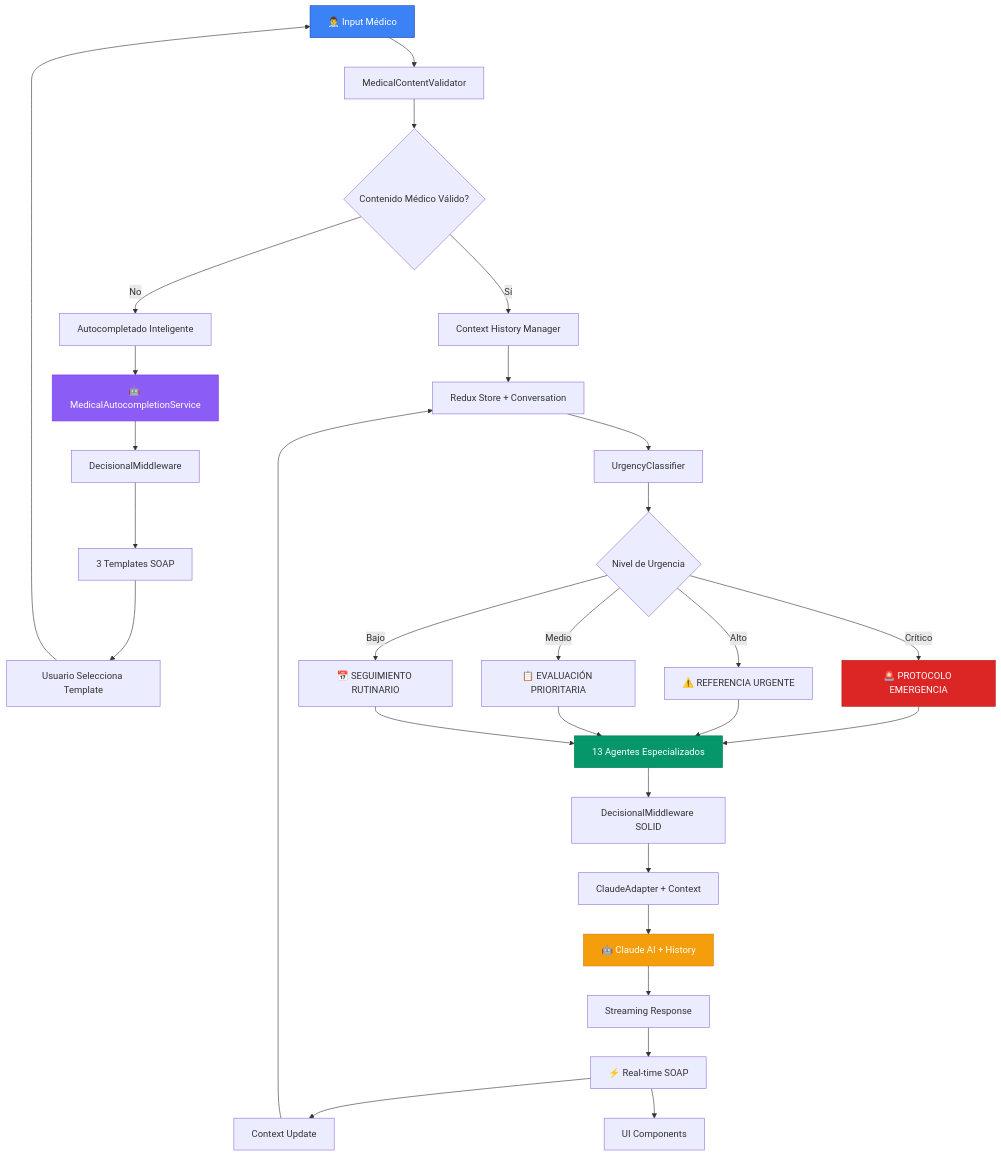
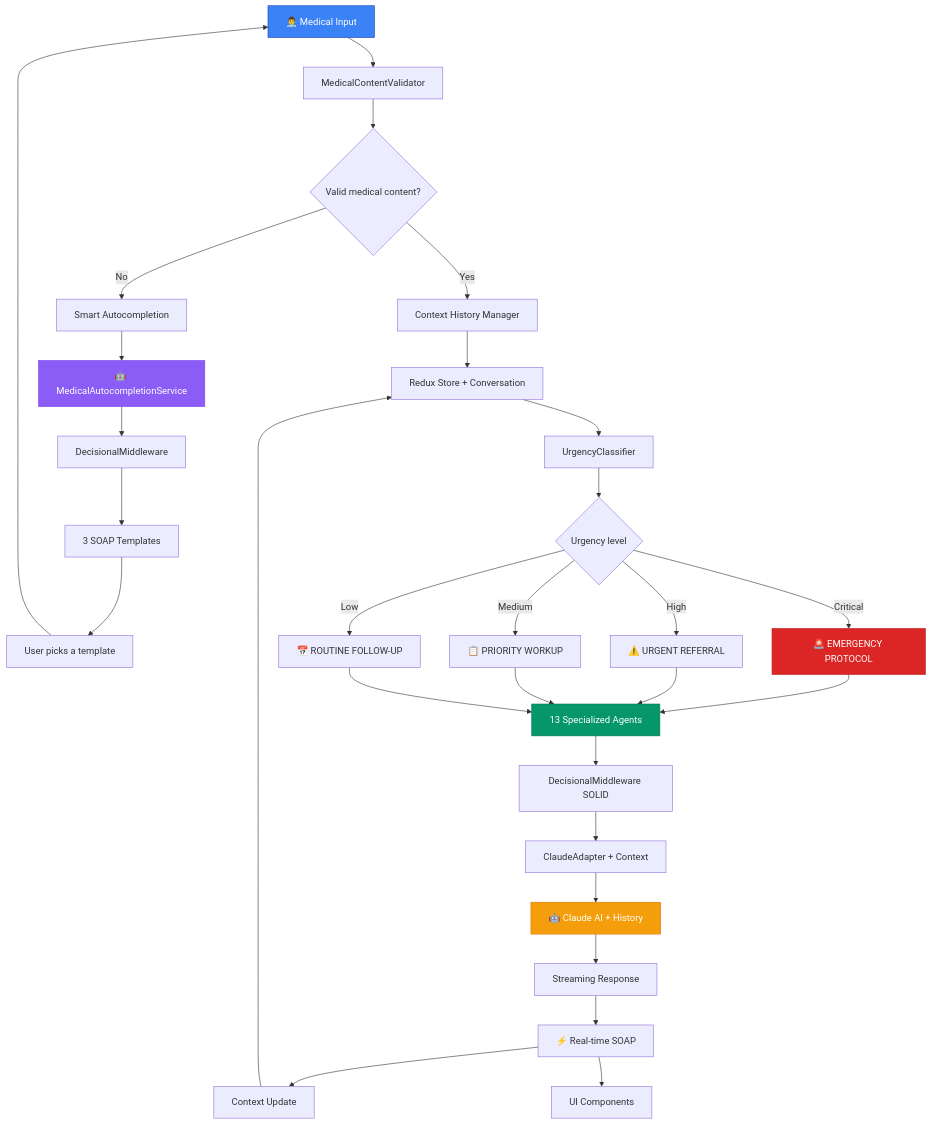
The second of 4 diagrams in README.md (BernardUriza/redux-claude), drawn with Mermaid before and after one commit. The commit also changed other lines of this file, not shown here.

````diff
--- a/README.md
+++ b/README.md
@@ -178,43 +175,43 @@
 ```mermaid
 flowchart TD
-    A[👨‍⚕️ Input Médico] --> B[MedicalContentValidator]
-    B --> C{Contenido Médico Válido?}
+    A[👨‍⚕️ Medical Input] --> B[MedicalContentValidator]
+    B --> C{Valid medical content?}
 
-    C -->|No| D[Autocompletado Inteligente]
+    C -->|No| D[Smart Autocompletion]
     D --> E[🤖 MedicalAutocompletionService]
     E --> F[DecisionalMiddleware]
-    F --> G[3 Templates SOAP]
-    G --> H[Usuario Selecciona Template]
+    F --> G[3 SOAP Templates]
+    G --> H[User picks a template]
     H --> A
 
-    C -->|Sí| I[Context History Manager]
+    C -->|Yes| I[Context History Manager]
     I --> J[Redux Store + Conversation]
     J --> K[UrgencyClassifier]
-    K --> L{Nivel de Urgencia}
+    K --> L{Urgency level}
 
-    L -->|Crítico| M[🚨 PROTOCOLO EMERGENCIA]
-    L -->|Alto| N[⚠️ REFERENCIA URGENTE]
-    L -->|Medio| O[📋 EVALUACIÓN PRIORITARIA]
-    L -->|Bajo| P[📅 SEGUIMIENTO RUTINARIO]
+    L -->|Critical| M[🚨 EMERGENCY PROTOCOL]
+    L -->|High| N[⚠️ URGENT REFERRAL]
+    L -->|Medium| O[📋 PRIORITY WORKUP]
+    L -->|Low| P[📅 ROUTINE FOLLOW-UP]
 
-    M --> Q[13 Agentes Especializados]
+    M --> Q[13 Specialized Agents]
     N --> Q
     O --> Q
     P --> Q
 
     Q --> R[DecisionalMiddleware SOLID]
     R --> S[ClaudeAdapter + Context]
     S --> T[🤖 Claude AI + History]
     T --> U[Streaming Response]
     U --> V[⚡ Real-time SOAP]
 
     V --> W[Context Update]
     W --> J
     V --> X[UI Components]
 
     style A fill:#3b82f6,stroke:#1e40af,color:#fff
     style E fill:#8b5cf6,stroke:#7c3aed,color:#fff
     style M fill:#dc2626,stroke:#b91c1c,color:#fff
     style Q fill:#059669,stroke:#047857,color:#fff
     style T fill:#f59e0b,stroke:#d97706,color:#fff
 ```
````
